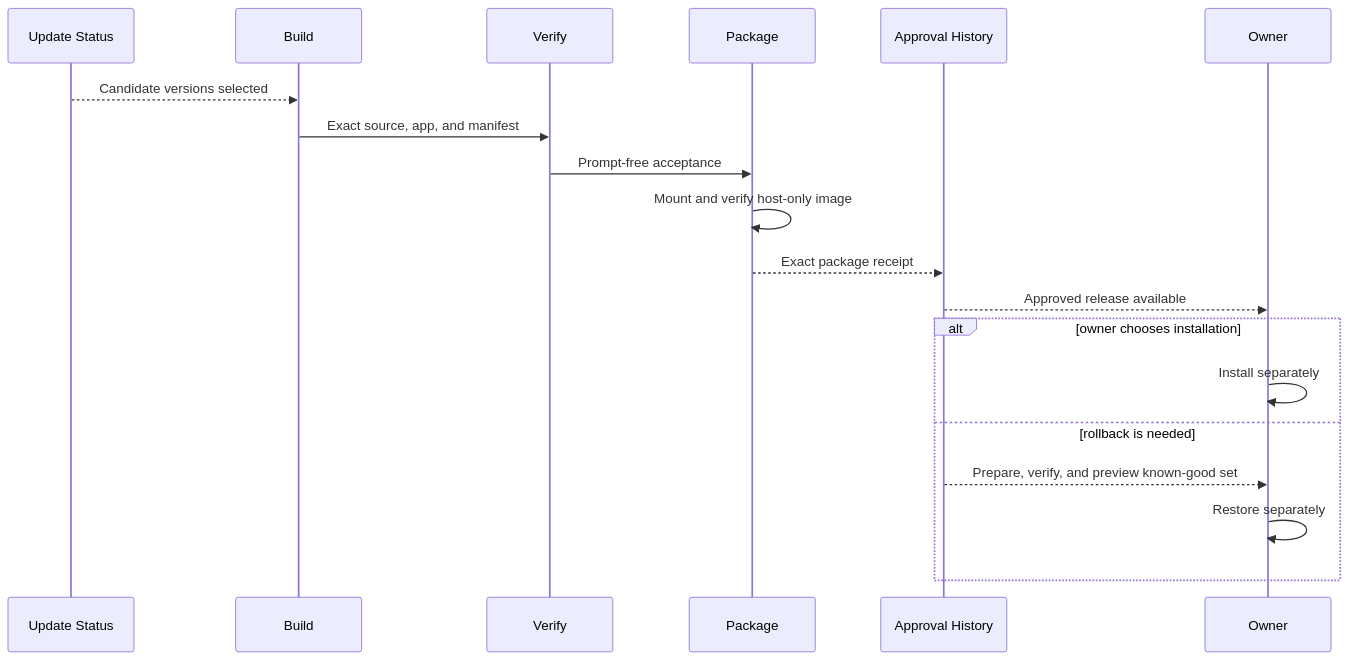
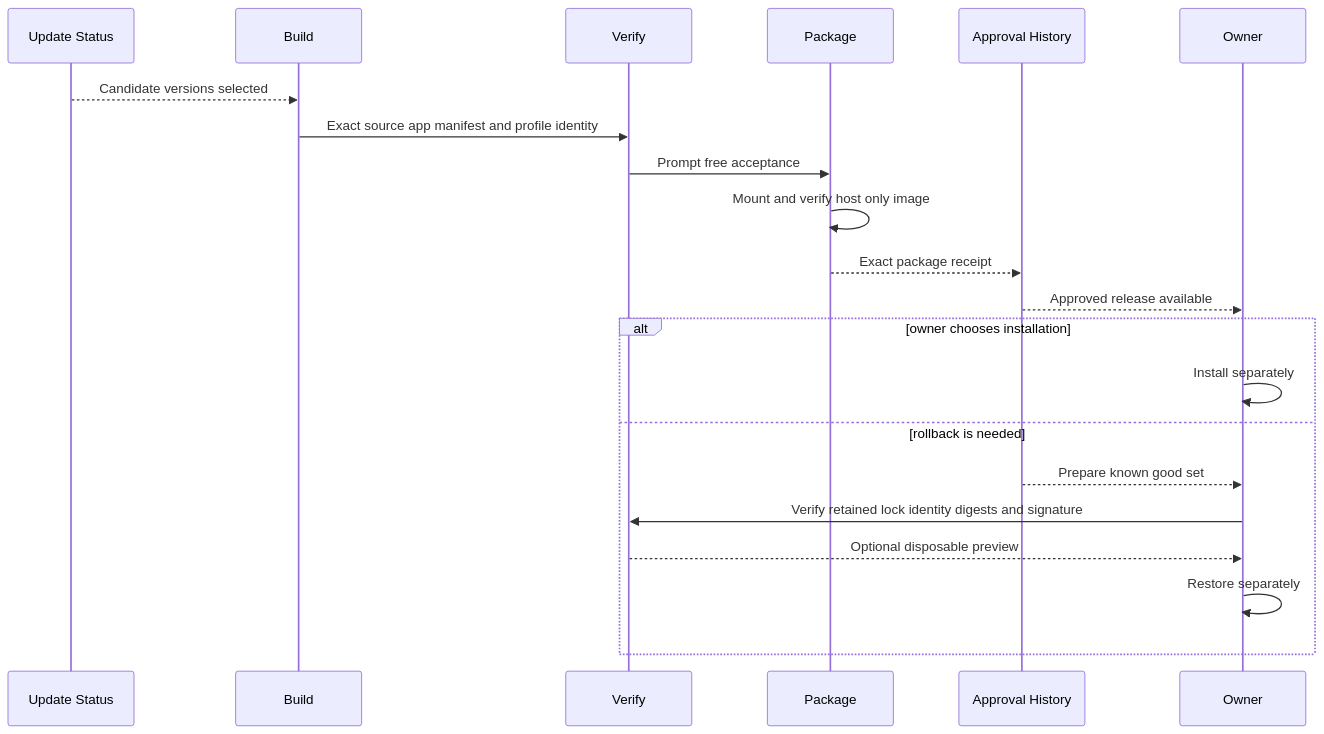
The diagram in wiki/flows/approval-and-guarded-rollback.md (alexwck/dbcode-wrapper), drawn with Mermaid before and after one commit. The commit also changed other lines of this file and 12 other files, not shown here.

Commit message:
docs(wiki): document generated profile identity

````diff
--- a/wiki/flows/approval-and-guarded-rollback.md
+++ b/wiki/flows/approval-and-guarded-rollback.md
@@ -26,21 +26,23 @@
 ```mermaid
 sequenceDiagram
   participant Status as Update Status
   participant Build
   participant Verify
   participant Package
   participant History as Approval History
   participant Owner
   Status-->>Build: Candidate versions selected
-  Build->>Verify: Exact source, app, and manifest
-  Verify->>Package: Prompt-free acceptance
-  Package->>Package: Mount and verify host-only image
+  Build->>Verify: Exact source app manifest and profile identity
+  Verify->>Package: Prompt free acceptance
+  Package->>Package: Mount and verify host only image
   Package-->>History: Exact package receipt
   History-->>Owner: Approved release available
   alt owner chooses installation
     Owner->>Owner: Install separately
   else rollback is needed
-    History-->>Owner: Prepare, verify, and preview known-good set
+    History-->>Owner: Prepare known good set
+    Owner->>Verify: Verify retained lock identity digests and signature
+    Verify-->>Owner: Optional disposable preview
     Owner->>Owner: Restore separately
   end
 ```
````
